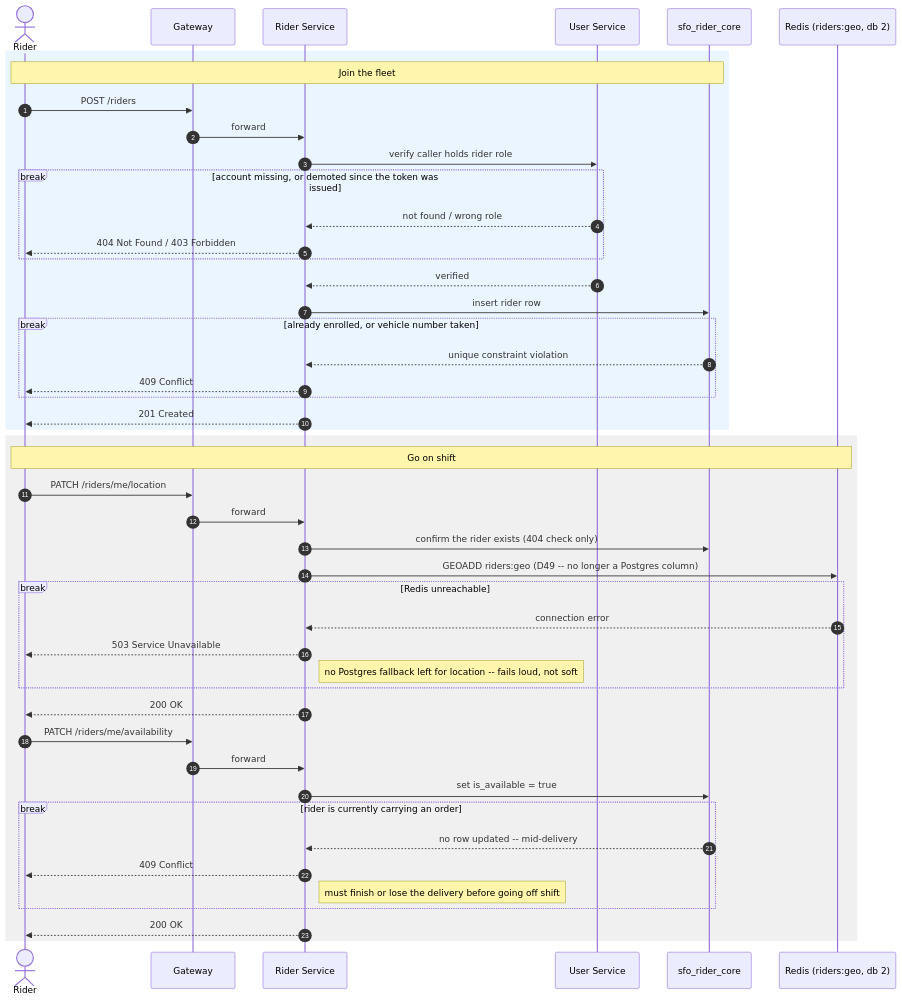
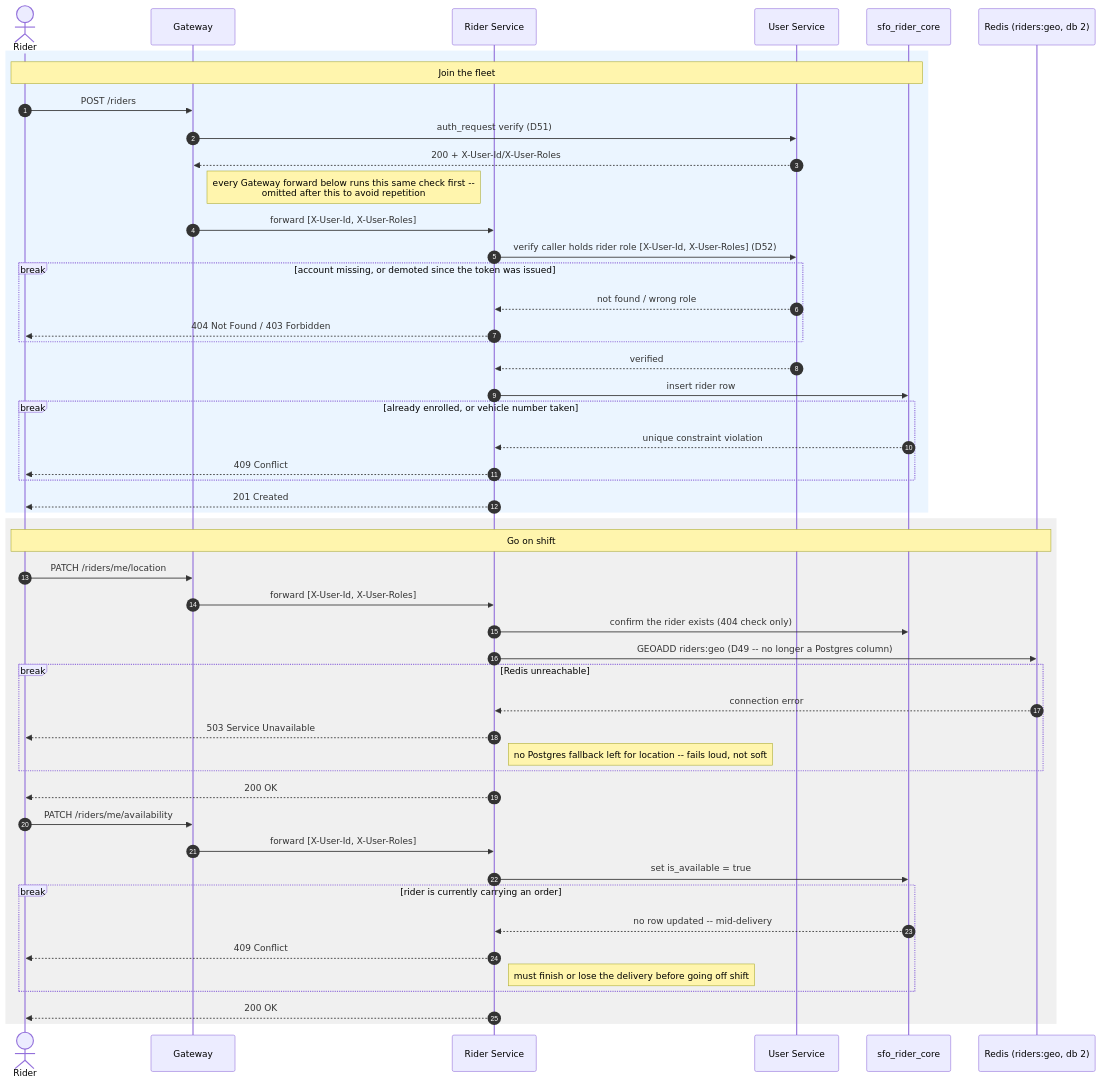
Before and after one commit to saqib-emumba/smartfoodops-backend: the diagram in readme/diagrams/rider_onboarding_sequence_diagram.md, drawn with Mermaid. The commit also changed other lines of this file and 27 other files, not shown here.

Commit message:
feat: auth on api-gateway level, no jwt auth on service, rbac per service level, update diagrams

````diff
--- a/readme/diagrams/rider_onboarding_sequence_diagram.md
+++ b/readme/diagrams/rider_onboarding_sequence_diagram.md
@@ -10,51 +14,54 @@
 ```mermaid
 sequenceDiagram
     autonumber
     actor Rider
     participant Gateway
     participant RiderSvc as Rider Service
     participant UserSvc as User Service
     participant RiderDB as sfo_rider_core
     participant RiderGeo as Redis (riders:geo, db 2)
 
     rect rgb(235, 245, 255)
         Note over Rider, RiderDB: Join the fleet
         Rider->>Gateway: POST /riders
-        Gateway->>RiderSvc: forward
-        RiderSvc->>UserSvc: verify caller holds rider role
+        Gateway->>UserSvc: auth_request verify (D51)
+        UserSvc-->>Gateway: 200 + X-User-Id/X-User-Roles
+        Note right of Gateway: every Gateway forward below runs this same check first --<br/>omitted after this to avoid repetition
+        Gateway->>RiderSvc: forward [X-User-Id, X-User-Roles]
+        RiderSvc->>UserSvc: verify caller holds rider role [X-User-Id, X-User-Roles] (D52)
         break account missing, or demoted since the token was issued
             UserSvc-->>RiderSvc: not found / wrong role
             RiderSvc-->>Rider: 404 Not Found / 403 Forbidden
         end
         UserSvc-->>RiderSvc: verified
         RiderSvc->>RiderDB: insert rider row
         break already enrolled, or vehicle number taken
             RiderDB-->>RiderSvc: unique constraint violation
             RiderSvc-->>Rider: 409 Conflict
         end
         RiderSvc-->>Rider: 201 Created
     end
 
     rect rgb(240, 240, 240)
         Note over Rider, RiderGeo: Go on shift
         Rider->>Gateway: PATCH /riders/me/location
-        Gateway->>RiderSvc: forward
+        Gateway->>RiderSvc: forward [X-User-Id, X-User-Roles]
         RiderSvc->>RiderDB: confirm the rider exists (404 check only)
         RiderSvc->>RiderGeo: GEOADD riders:geo (D49 -- no longer a Postgres column)
         break Redis unreachable
             RiderGeo-->>RiderSvc: connection error
             RiderSvc-->>Rider: 503 Service Unavailable
             Note right of RiderSvc: no Postgres fallback left for location -- fails loud, not soft
         end
         RiderSvc-->>Rider: 200 OK
         Rider->>Gateway: PATCH /riders/me/availability
-        Gateway->>RiderSvc: forward
+        Gateway->>RiderSvc: forward [X-User-Id, X-User-Roles]
         RiderSvc->>RiderDB: set is_available = true
         break rider is currently carrying an order
             RiderDB-->>RiderSvc: no row updated -- mid-delivery
             RiderSvc-->>Rider: 409 Conflict
             Note right of RiderSvc: must finish or lose the delivery before going off shift
         end
         RiderSvc-->>Rider: 200 OK
     end
 ```
````
